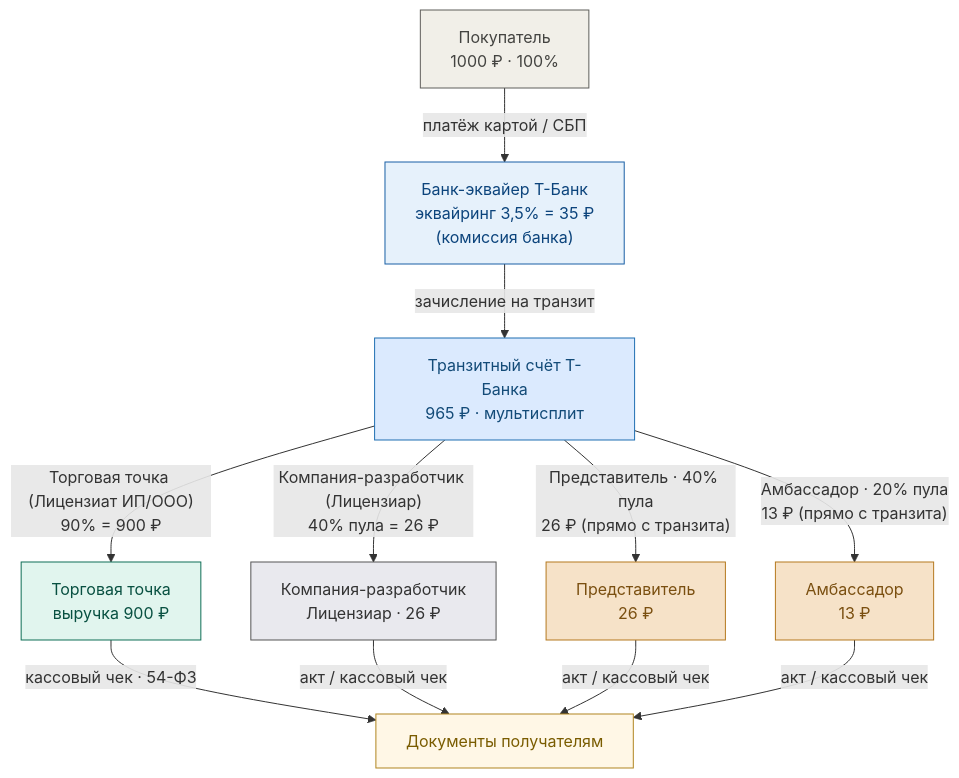
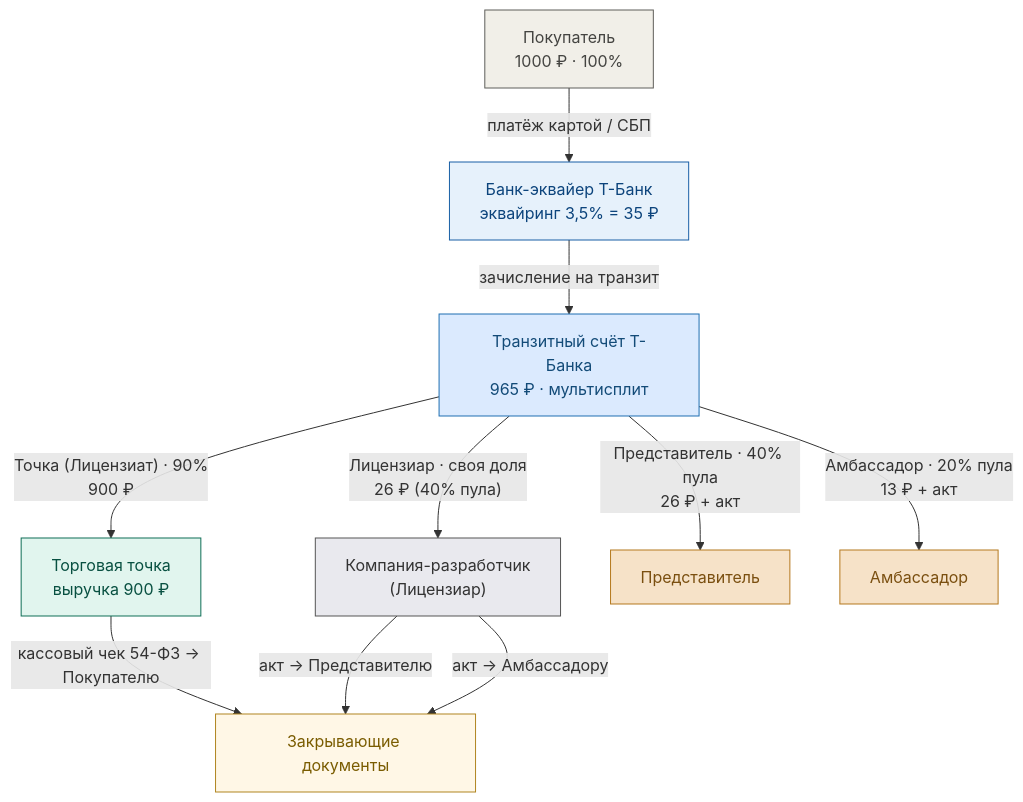
Before and after one commit to axiiom-ru/lovii: the first of 4 diagrams in docs/money_flow_dev_operator.md, drawn with Mermaid. The commit also changed other lines of this file and 1 other file, not shown here.

````diff
--- a/docs/money_flow_dev_operator.md
+++ b/docs/money_flow_dev_operator.md
@@ -11,29 +11,21 @@
 ```mermaid
 flowchart TD
-    P["Покупатель<br/>1000 ₽ · 100%"] -->|"платёж картой / СБП"| B["Банк-эквайер Т-Банк<br/>эквайринг 3,5% = 35 ₽<br/>(комиссия банка)"]
+    P["Покупатель<br/>1000 ₽ · 100%"] -->|"платёж картой / СБП"| B["Банк-эквайер Т-Банк<br/>эквайринг 3,5% = 35 ₽"]
     B -->|"зачисление на транзит"| T["Транзитный счёт Т-Банка<br/>965 ₽ · мультисплит"]
-    T -->|"Торговая точка (Лицензиат ИП/ООО)<br/>90% = 900 ₽"| S["Торговая точка<br/>выручка 900 ₽"]
-    T -->|"Компания-разработчик (Лицензиар)<br/>40% пула = 26 ₽"| C["Компания-разработчик<br/>Лицензиар · 26 ₽"]
-    T -->|"Представитель · 40% пула<br/>26 ₽ (прямо с транзита)"| R["Представитель<br/>26 ₽"]
-    T -->|"Амбассадор · 20% пула<br/>13 ₽ (прямо с транзита)"| A["Амбассадор<br/>13 ₽"]
-    S -->|"кассовый чек · 54-ФЗ"| DOC["Документы получателям"]
-    C -->|"акт / кассовый чек"| DOC
-    R -->|"акт / кассовый чек"| DOC
-    A -->|"акт / кассовый чек"| DOC
+    T -->|"Точка (Лицензиат) · 90%<br/>900 ₽"| S["Торговая точка<br/>выручка 900 ₽"]
+    T -->|"Лицензиар · своя доля<br/>26 ₽ (40% пула)"| C["Компания-разработчик<br/>(Лицензиар)"]
+    T -->|"Представитель · 40% пула<br/>26 ₽ + акт"| R["Представитель"]
+    T -->|"Амбассадор · 20% пула<br/>13 ₽ + акт"| A["Амбассадор"]
+    S -->|"кассовый чек 54-ФЗ → Покупателю"| D["Закрывающие документы"]
+    C -->|"акт → Представителю"| D
+    C -->|"акт → Амбассадору"| D
 
     classDef buyer fill:#f1efe8,stroke:#5f5e5a,color:#444441;
     classDef bank fill:#e6f1fb,stroke:#185fa5,color:#0c447c;
     classDef transit fill:#dbeafe,stroke:#1f6fb2,color:#134b78;
     classDef shop fill:#e1f5ee,stroke:#0f6e56,color:#085041;
     classDef dev fill:#e9e9ee,stroke:#555,color:#333;
     classDef rep fill:#f6e2c8,stroke:#b5791f,color:#7a4f10;
     classDef doc fill:#fff7e6,stroke:#b08520,color:#7a5c00;
-    class P buyer;
-    class B bank;
-    class T transit;
-    class S shop;
-    class C dev;
-    class R rep;
-    class A rep;
-    class DOC doc;
+    class P buyer; class B bank; class T transit; class S shop; class C dev; class R rep; class A rep; class D doc;
 ```
````
